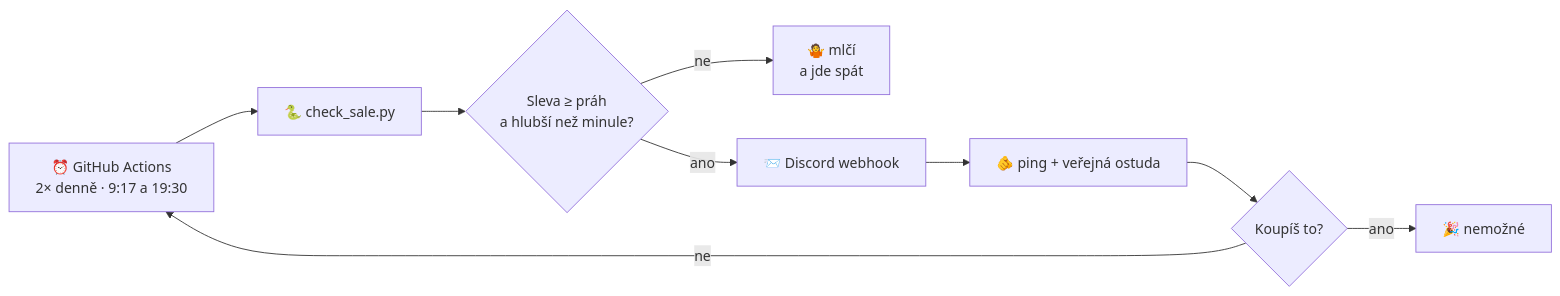
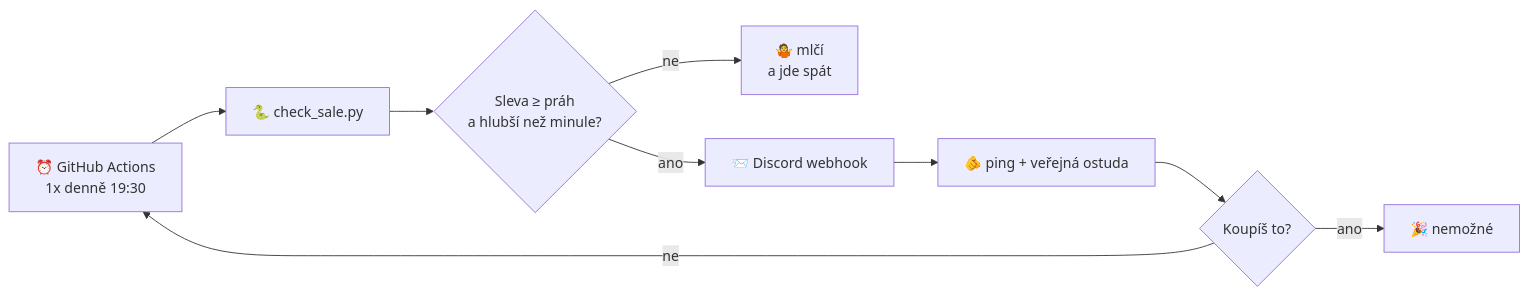
The diagram in README.md (vasekbalon-boop/check-sale), drawn with Mermaid before and after one commit.

Commit message:
Update GitHub Actions schedule in README

````diff
--- a/README.md
+++ b/README.md
@@ -32,11 +32,11 @@
 ```mermaid
 flowchart LR
-    A["⏰ GitHub Actions<br/>2× denně · 9:17 a 19:30"] --> B["🐍 check_sale.py"]
+    A["⏰ GitHub Actions<br/>1x denně 19:30"] --> B["🐍 check_sale.py"]
     B --> C{"Sleva ≥ práh<br/>a hlubší než minule?"}
     C -->|ne| D["🤷 mlčí<br/>a jde spát"]
     C -->|ano| E["📨 Discord webhook"]
     E --> F["🫵 ping + veřejná ostuda"]
     F --> G{"Koupíš to?"}
     G -->|ne| A
     G -->|ano| H["🎉 nemožné"]
 ```
````
